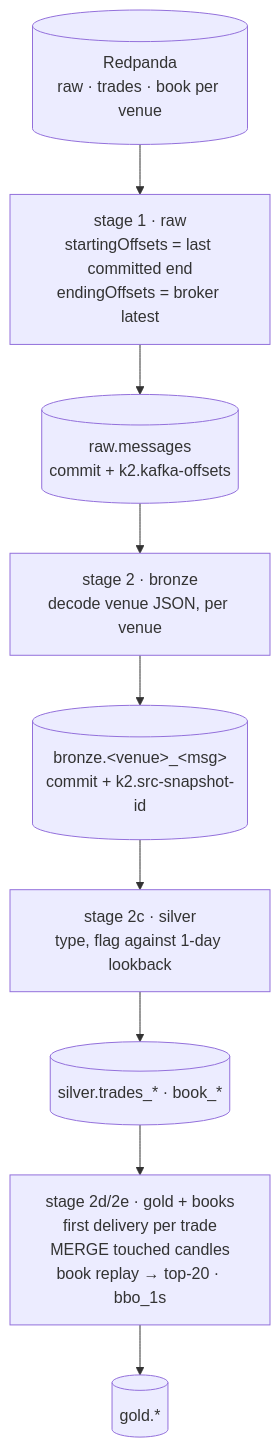
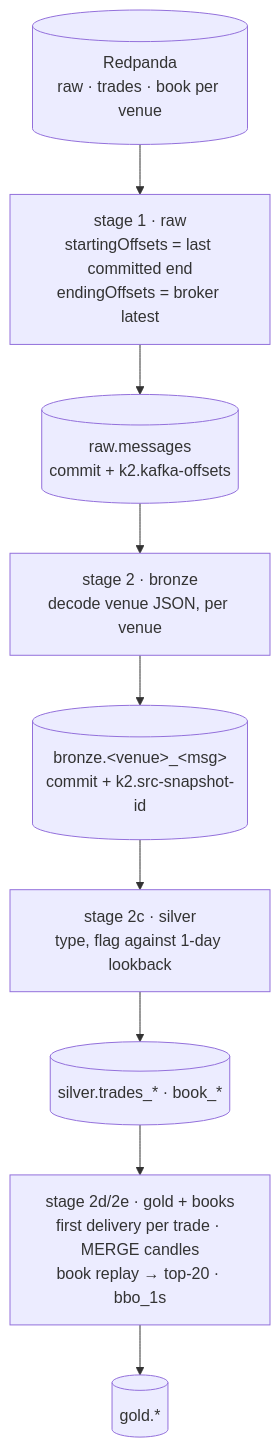
One commit to rjdscott/k2-market-data-platform changed the diagram in docs/architecture/components/lake-ingest.md. Above: the diagram before and after it, drawn with Mermaid.

Commit message:
docs(architecture): keep the ingest diagram under the 110-char line gate

````diff
--- a/docs/architecture/components/lake-ingest.md
+++ b/docs/architecture/components/lake-ingest.md
@@ -12,13 +12,13 @@
 ```mermaid
 flowchart TB
   RP[("Redpanda<br/>raw · trades · book per venue")]
   S1["stage 1 · raw<br/>startingOffsets = last committed end<br/>endingOffsets = broker latest"]
   RAW[("raw.messages<br/>commit + k2.kafka-offsets")]
   S2["stage 2 · bronze<br/>decode venue JSON, per venue"]
   BR[("bronze.&lt;venue&gt;_&lt;msg&gt;<br/>commit + k2.src-snapshot-id")]
   S3["stage 2c · silver<br/>type, flag against 1-day lookback"]
   SV[("silver.trades_* · book_*")]
-  S4["stage 2d/2e · gold + books<br/>first delivery per trade<br/>MERGE touched candles<br/>book replay → top-20 · bbo_1s"]
+  S4["stage 2d/2e · gold + books<br/>first delivery per trade · MERGE candles<br/>book replay → top-20 · bbo_1s"]
   GD[("gold.*")]
   RP --> S1 --> RAW --> S2 --> BR --> S3 --> SV --> S4 --> GD
 ```
````
